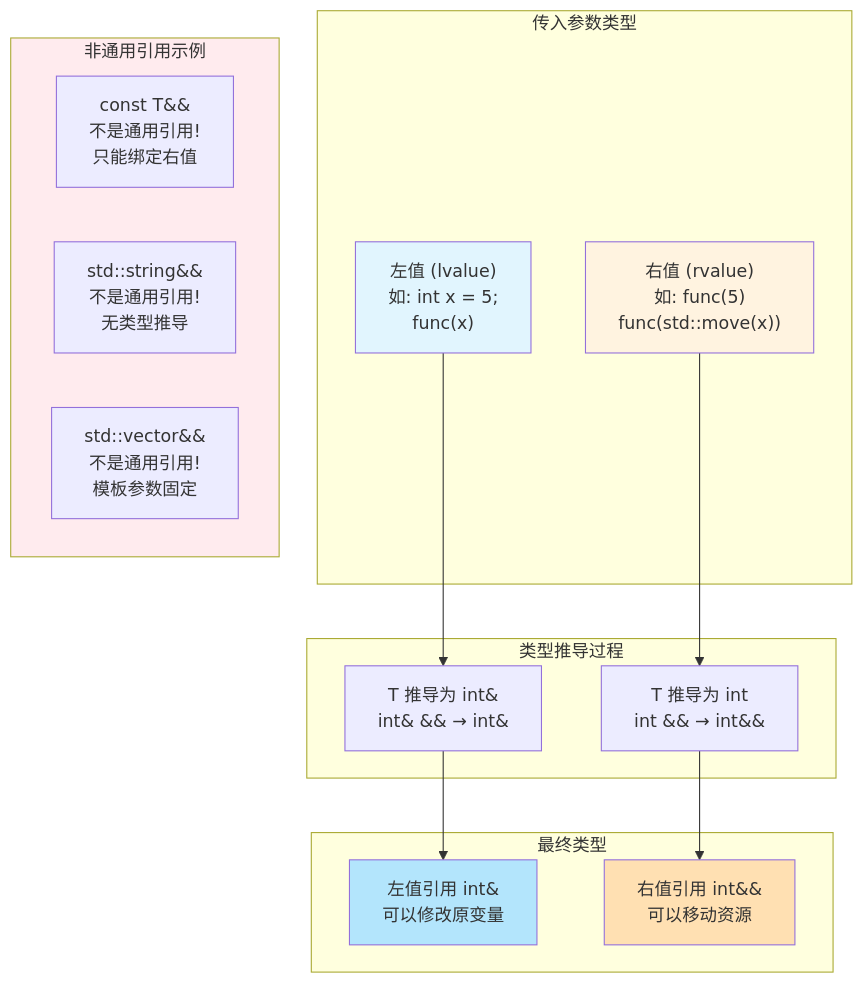
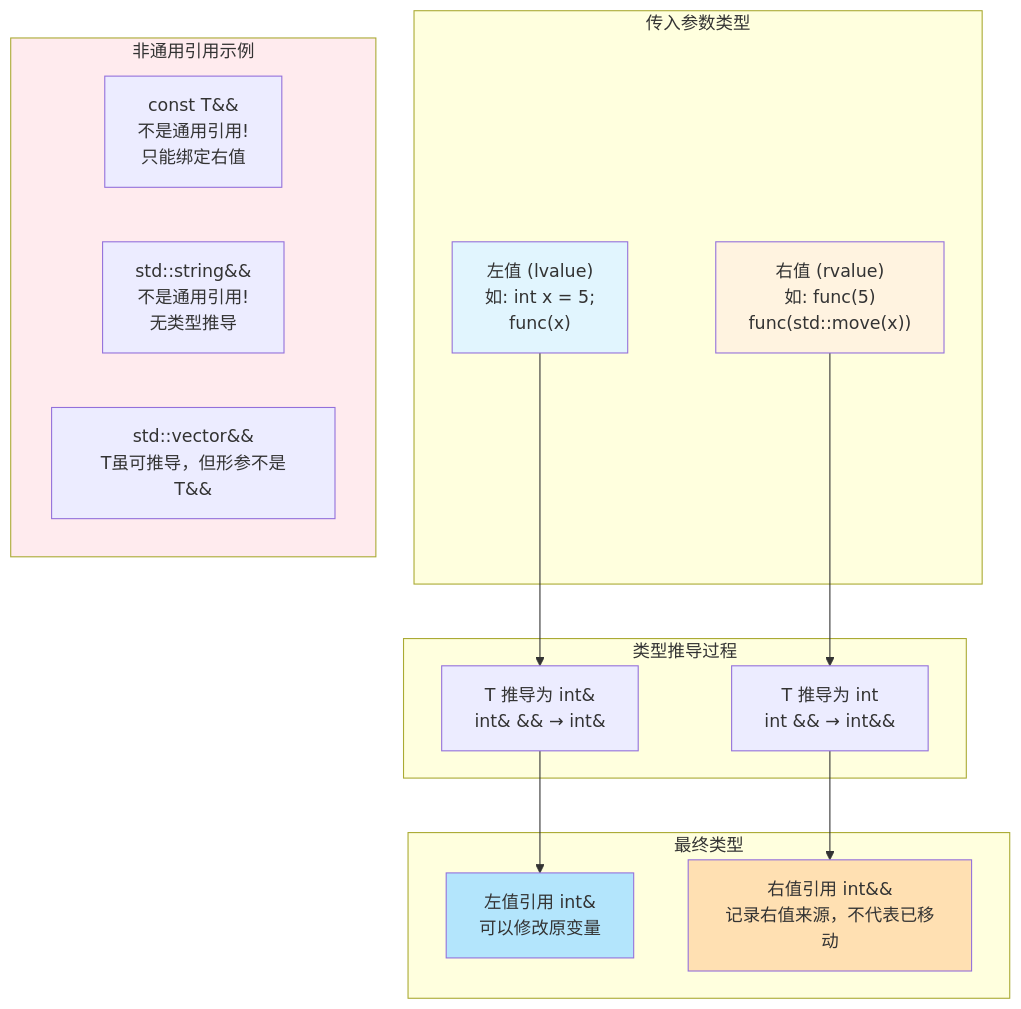
One commit to mlbo/cpp_learning changed the first of 5 diagrams in week_04/day_24/README.md. Above: the diagram before and after it, drawn with Mermaid. The commit also changed other lines of this file and 675 other files, not shown here.

````diff
--- a/week_04/day_24/README.md
+++ b/week_04/day_24/README.md
@@ -63,32 +82,32 @@
 ```mermaid
 flowchart TB
     subgraph 输入["传入参数类型"]
         LVAL["左值 (lvalue)<br/>如: int x = 5;<br/>func(x)"]
         RVAL["右值 (rvalue)<br/>如: func(5)<br/>func(std::move(x))"]
     end
     
     subgraph 推导["类型推导过程"]
         LVAL_DED["T 推导为 int&<br/>int& && → int&"]
         RVAL_DED["T 推导为 int<br/>int && → int&&"]
     end
     
     subgraph 结果["最终类型"]
         LVAL_RES["左值引用 int&<br/>可以修改原变量"]
-        RVAL_RES["右值引用 int&&<br/>可以移动资源"]
+        RVAL_RES["右值引用 int&&<br/>记录右值来源，不代表已移动"]
     end
     
     subgraph 非通用引用["非通用引用示例"]
         CONST_REF["const T&&<br/>不是通用引用!<br/>只能绑定右值"]
         TYPE_REF["std::string&&<br/>不是通用引用!<br/>无类型推导"]
-        VECTOR_REF["std::vector<T>&&<br/>不是通用引用!<br/>模板参数固定"]
+        VECTOR_REF["std::vector<T>&&<br/>T虽可推导，但形参不是T&&"]
     end
     
     LVAL --> LVAL_DED --> LVAL_RES
     RVAL --> RVAL_DED --> RVAL_RES
     
     style LVAL fill:#e1f5fe
     style RVAL fill:#fff3e0
     style LVAL_RES fill:#b3e5fc
     style RVAL_RES fill:#ffe0b2
     style 非通用引用 fill:#ffebee
 ```
````
